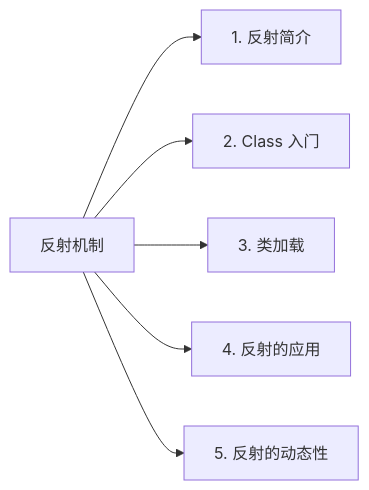
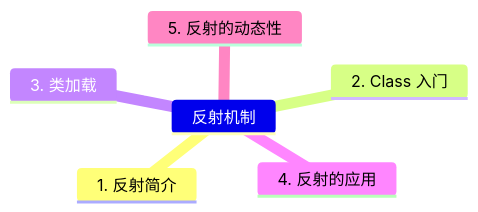
Diagram 15 of 16 in src/md/java/se/2023-02-15-overview.md (TZ0385/JavaPark), drawn with Mermaid before and after one commit. The commit also changed other lines of this file, not shown here.

````diff
--- a/src/md/java/se/2023-02-15-overview.md
+++ b/src/md/java/se/2023-02-15-overview.md
@@ -263,8 +566,9 @@
 ```mermaid
-graph LR
-A[反射机制] --> B[1. 反射简介]
-A[反射机制] --> C[2. Class 入门]
-A[反射机制] --> D[3. 类加载]
-A[反射机制] --> E[4. 反射的应用]
-A[反射机制] --> F[5. 反射的动态性]
+mindmap
+反射机制
+	1. 反射简介
+	2. Class 入门
+	3. 类加载
+	4. 反射的应用
+	5. 反射的动态性
 ```
````
